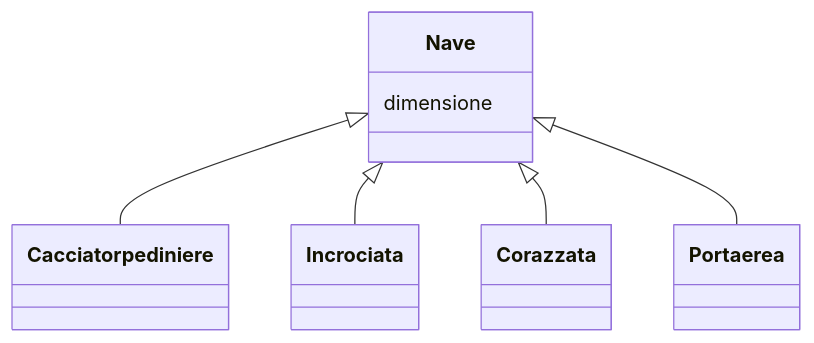
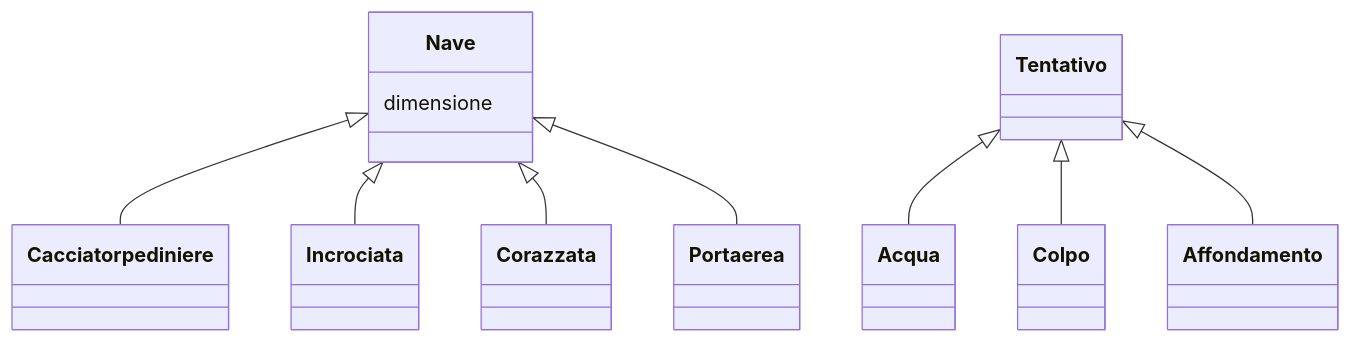
Before and after one commit to softeng2223-inf-uniba/progetto2223-thacker: the diagram in docs/Report.md, drawn with Mermaid.

Commit message:
Aggiunto concetto Tentativo al Modello di Dominio

````diff
--- a/docs/Report.md
+++ b/docs/Report.md
@@ -7,14 +7,19 @@
 ```mermaid
     
     classDiagram
 
         Nave <|-- Cacciatorpediniere
         Nave <|-- Incrociata
         Nave <|-- Corazzata
         Nave <|-- Portaerea
+        
+        Tentativo <|-- Acqua
+        Tentativo <|-- Colpo
+        Tentativo <|-- Affondamento
+
 
         class Nave{
             dimensione
         }
-        
+
 ```
````
